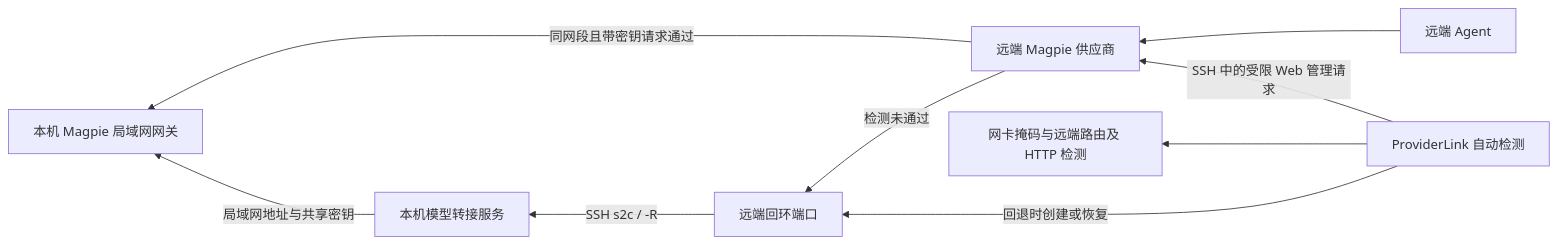
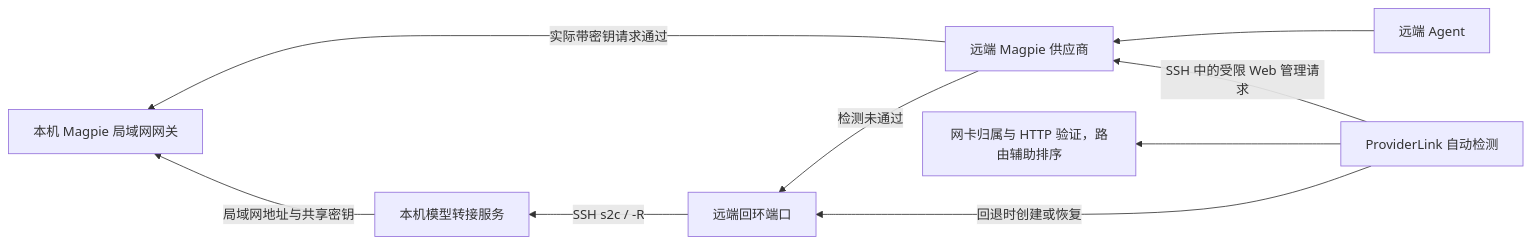
The third of 5 diagrams in docs/architecture.md (zhaoyi2018/magpie-remote), drawn with Mermaid before and after one commit. The commit also changed other lines of this file and 9 other files, not shown here.

````diff
--- a/docs/architecture.md
+++ b/docs/architecture.md
@@ -107,11 +107,11 @@
 ```mermaid
 flowchart RL
   Agent[远端 Agent] --> Remote[远端 Magpie 供应商]
-  Remote -->|同网段且带密钥请求通过| Local[本机 Magpie 局域网网关]
+  Remote -->|实际带密钥请求通过| Local[本机 Magpie 局域网网关]
   Remote -->|检测未通过| Listener[远端回环端口]
   Listener -->|SSH s2c / -R| Relay[本机模型转接服务]
   Relay -->|局域网地址与共享密钥| Local
-  Link[ProviderLink 自动检测] --> Network[网卡掩码与远端路由及 HTTP 检测]
+  Link[ProviderLink 自动检测] --> Network[网卡归属与 HTTP 验证，路由辅助排序]
   Link -->|SSH 中的受限 Web 管理请求| Remote
   Link -->|回退时创建或恢复| Listener
 ```
````
